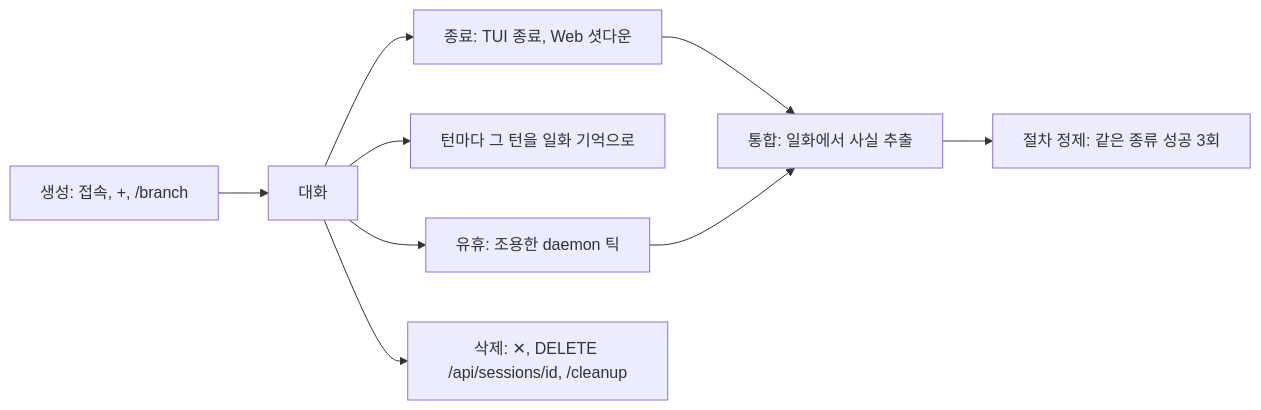
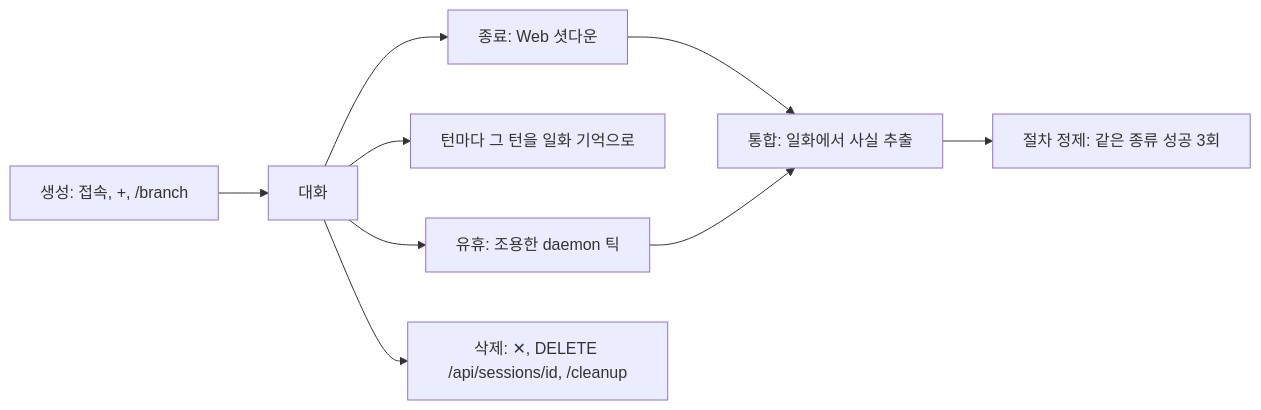
One commit to ash-hun/jarvis-agent changed the first of 2 diagrams in website/docs/concepts/conversation/sessions.md. Above: the diagram before and after it, drawn with Mermaid. The commit also changed other lines of this file and 97 other files, not shown here.

First line of the commit message:
Feat: TUI 를 없애고 Web HUD 에 FLOW, SET 화면을 더해 Electron 데스크톱 앱으로 띄운다

````diff
--- a/website/docs/concepts/conversation/sessions.md
+++ b/website/docs/concepts/conversation/sessions.md
@@ -65,11 +65,11 @@
 ```mermaid
 flowchart LR
   C[생성: 접속, +, /branch] --> A[대화]
-  A --> E[종료: TUI 종료, Web 셧다운]
+  A --> E[종료: Web 셧다운]
   A --> T[턴마다 그 턴을 일화 기억으로]
   A --> I[유휴: 조용한 daemon 틱]
   E --> S2[통합: 일화에서 사실 추출]
   I --> S2
   S2 --> S3[절차 정제: 같은 종류 성공 3회]
   A --> D[삭제: ✕, DELETE /api/sessions/id, /cleanup]
 ```
````
